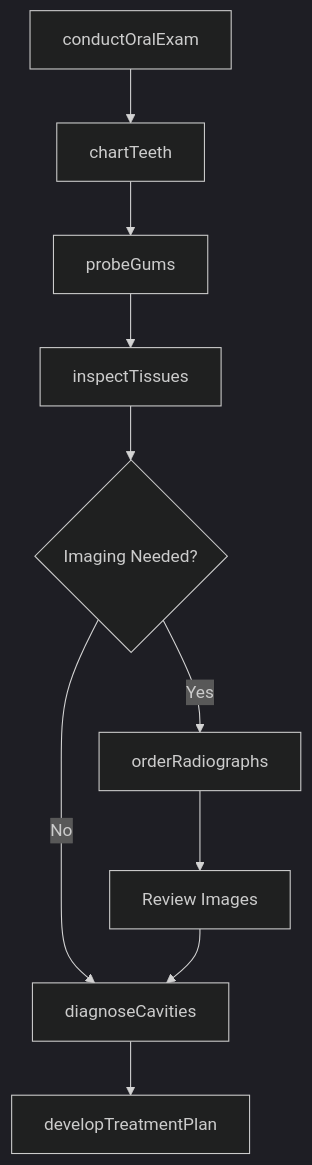
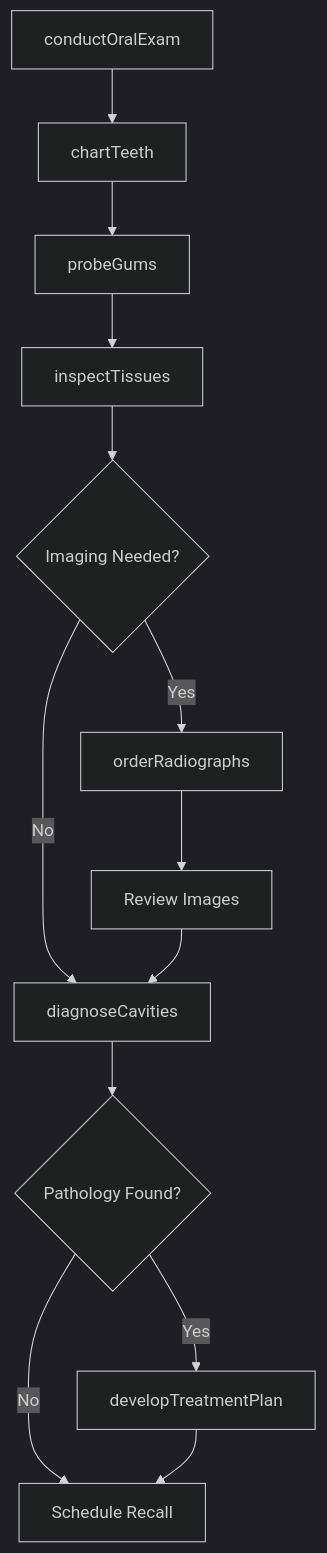
One commit to dot-org-ai/tasks.org.ai changed the third of 4 diagrams in InspectingEquipmentStructuresOrMaterials/ExaminePeopleOrAnimalsToAssessHealthConditionsOrPhysicalCharacteristics/ExamineMouthTeethGumsRelated.mdx. Above: the diagram before and after it, drawn with Mermaid (dark theme). The commit also changed other lines of this file and 504 other files, not shown here.

First line of the commit message:
feat: Add ER diagrams, state diagrams, and workflow improvements to 96 DWA task files

````diff
--- a/InspectingEquipmentStructuresOrMaterials/ExaminePeopleOrAnimalsToAssessHealthConditionsOrPhysicalCharacteristics/ExamineMouthTeethGumsRelated.mdx
+++ b/InspectingEquipmentStructuresOrMaterials/ExaminePeopleOrAnimalsToAssessHealthConditionsOrPhysicalCharacteristics/ExamineMouthTeethGumsRelated.mdx
@@ -87,12 +114,15 @@
 ```mermaid
 graph TD
     A[conductOralExam] --> B[chartTeeth]
     B --> C[probeGums]
     C --> D[inspectTissues]
     D --> E{Imaging Needed?}
     E -->|Yes| F[orderRadiographs]
     E -->|No| G[diagnoseCavities]
     F --> H[Review Images]
     H --> G
-    G --> I[developTreatmentPlan]
+    G --> I{Pathology Found?}
+    I -->|Yes| J[developTreatmentPlan]
+    I -->|No| K[Schedule Recall]
+    J --> K
 ```
````
